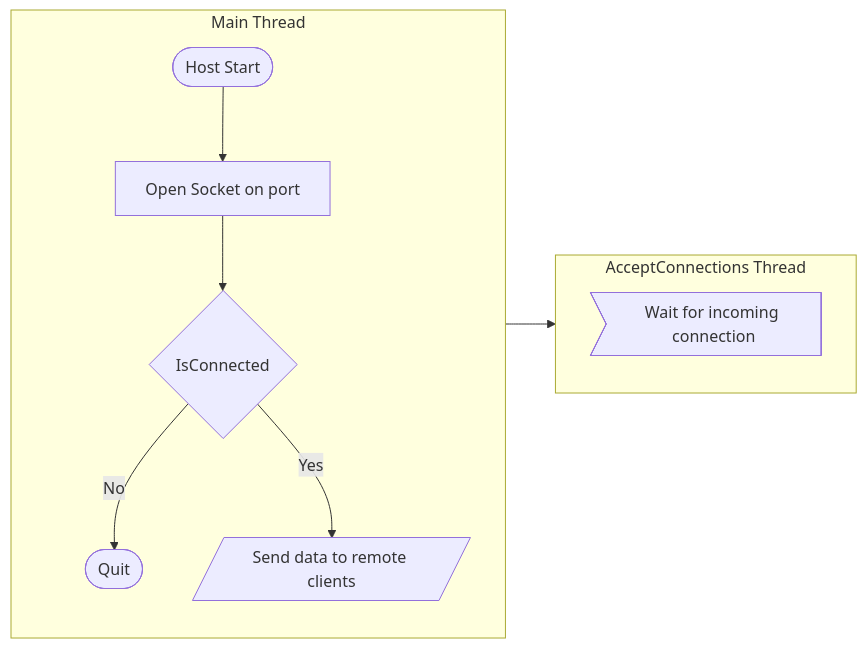
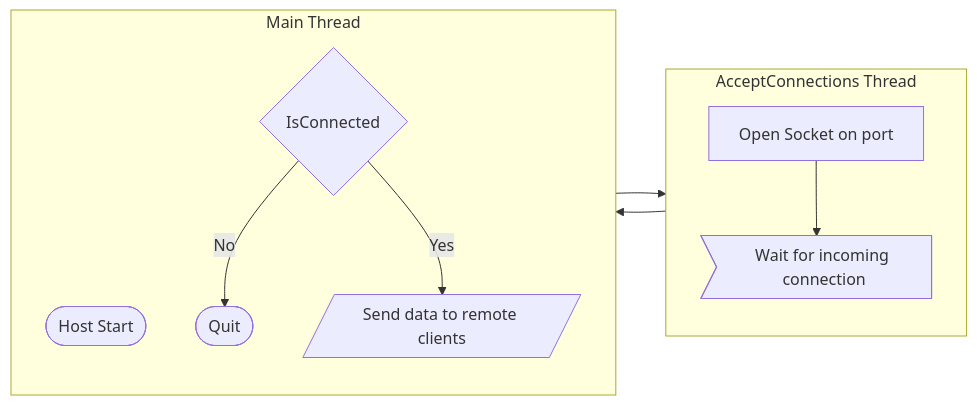
One commit to GMcMichael/ThornNetworking changed the diagram in README.md. Above: the diagram before and after it, drawn with Mermaid.

````diff
--- a/README.md
+++ b/README.md
@@ -1,14 +1,14 @@
 ```mermaid
 flowchart LR
+  subgraph acthread [AcceptConnections Thread]
+    direction TB
+    B-->F>Wait for incoming connection]
+  end
   subgraph mt [Main Thread]
     direction TB
     A([Host Start]) --> B[Open Socket on port]
     B-->C{IsConnected}
     C-- No -->D([Quit])
     C-- Yes -->E[/Send data to remote clients/]
   end
-  subgraph acthread [AcceptConnections Thread]
-    direction TB
-    B-->F>Wait for incoming connection]
-  end
 ```
````
